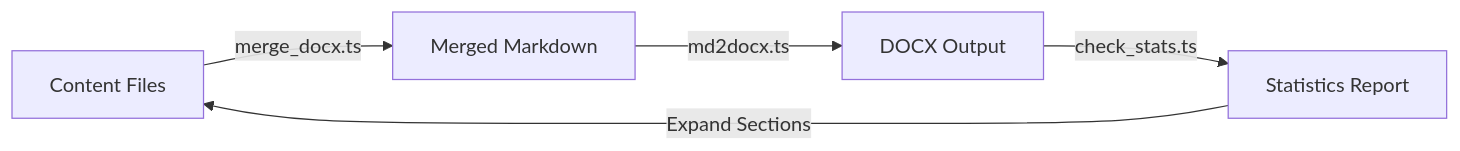
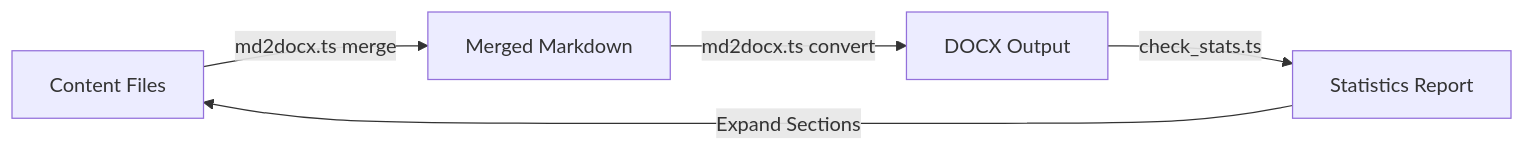
One commit to BANG404/langdocx changed the diagram in langdocx/references/SCRIPTS_GUIDE.md. Above: the diagram before and after it, drawn with Mermaid. The commit also changed other lines of this file and 1 other file, not shown here.

````diff
--- a/langdocx/references/SCRIPTS_GUIDE.md
+++ b/langdocx/references/SCRIPTS_GUIDE.md
@@ -258,7 +258,7 @@
 ```mermaid
 graph LR
-    A[Content Files] -->|merge_docx.ts| B[Merged Markdown]
-    B -->|md2docx.ts| C[DOCX Output]
+    A[Content Files] -->|md2docx.ts merge| B[Merged Markdown]
+    B -->|md2docx.ts convert| C[DOCX Output]
     C -->|check_stats.ts| D[Statistics Report]
     D -->|Expand Sections| A
 ```
````
